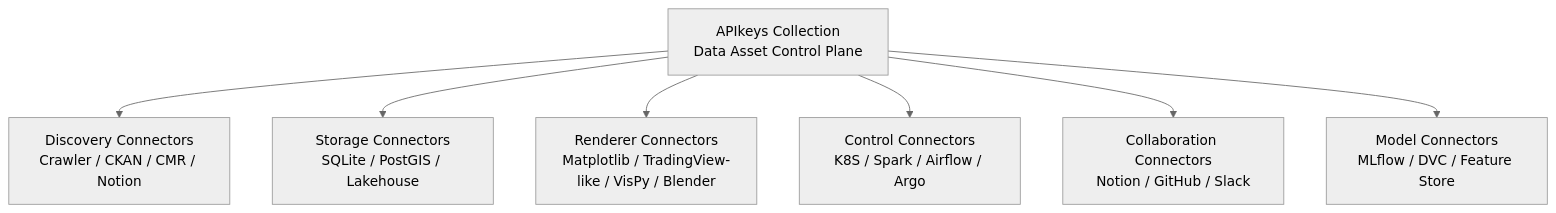
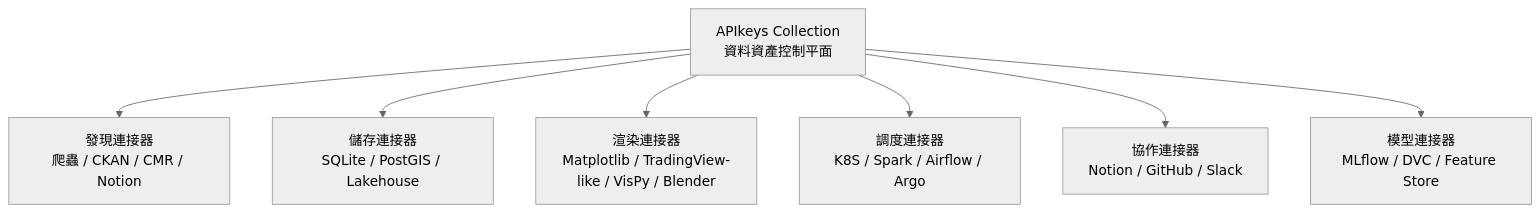
One commit to YanAnnLu/APIkeys_collection changed the fifth of 6 diagrams in docs/DATA_ASSET_PLATFORM_CONCEPTS.zh-TW.md. Above: the diagram before and after it, drawn with Mermaid (neutral theme). The commit also changed other lines of this file and 17 other files, not shown here.

````diff
--- a/docs/DATA_ASSET_PLATFORM_CONCEPTS.zh-TW.md
+++ b/docs/DATA_ASSET_PLATFORM_CONCEPTS.zh-TW.md
@@ -630,10 +630,10 @@
 ```mermaid
 flowchart TB
-    Core[APIkeys Collection<br/>Data Asset Control Plane]
-    Core --> D[Discovery Connectors<br/>Crawler / CKAN / CMR / Notion]
-    Core --> S[Storage Connectors<br/>SQLite / PostGIS / Lakehouse]
-    Core --> R[Renderer Connectors<br/>Matplotlib / TradingView-like / VisPy / Blender]
-    Core --> C[Control Connectors<br/>K8S / Spark / Airflow / Argo]
-    Core --> W[Collaboration Connectors<br/>Notion / GitHub / Slack]
-    Core --> M[Model Connectors<br/>MLflow / DVC / Feature Store]
+    Core[APIkeys Collection<br/>資料資產控制平面]
+    Core --> D[發現連接器<br/>爬蟲 / CKAN / CMR / Notion]
+    Core --> S[儲存連接器<br/>SQLite / PostGIS / Lakehouse]
+    Core --> R[渲染連接器<br/>Matplotlib / TradingView-like / VisPy / Blender]
+    Core --> C[調度連接器<br/>K8S / Spark / Airflow / Argo]
+    Core --> W[協作連接器<br/>Notion / GitHub / Slack]
+    Core --> M[模型連接器<br/>MLflow / DVC / Feature Store]
 ```
````
